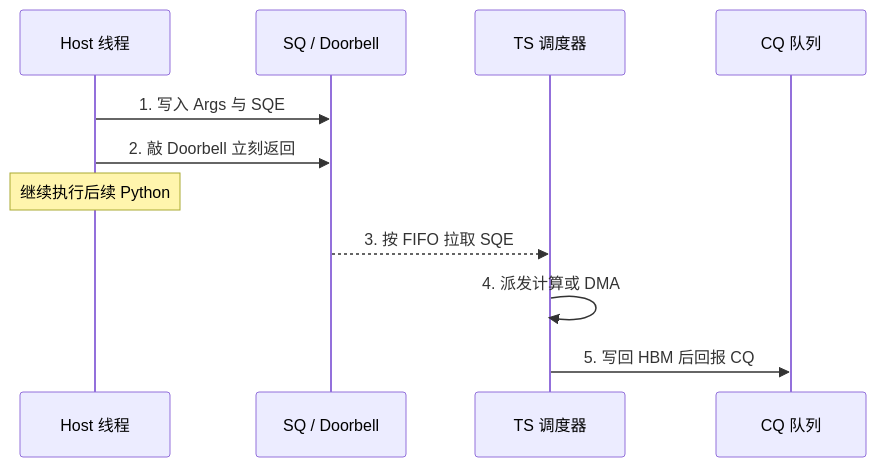
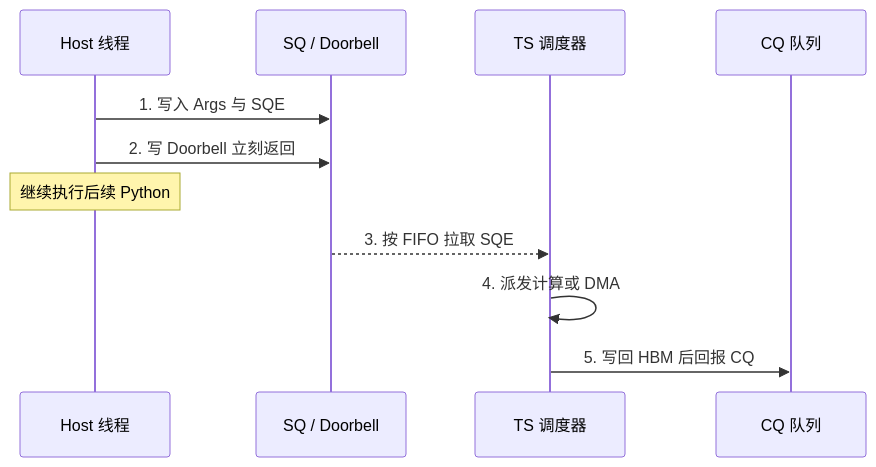
One commit to xingcanlee/infra-note changed the first of 3 diagrams in src/content/posts/execgraph/01-heterogeneous-streams-and-events/index.mdx. Above: the diagram before and after it, drawn with Mermaid. The commit also changed other lines of this file and 263 other files, not shown here.

First line of the commit message:
feat(deepseek,explainers): swap 07-mhc/08-engram order, add flat-table diagram, and upgrade InteractiveExplainer kit

````diff
--- a/src/content/posts/execgraph/01-heterogeneous-streams-and-events/index.mdx
+++ b/src/content/posts/execgraph/01-heterogeneous-streams-and-events/index.mdx
@@ -20,13 +20,13 @@
 ```mermaid caption="图 1：Host 异步写 SQE 与 Device 调度器解耦执行时序"
 sequenceDiagram
     participant H as Host 线程
     participant Q as SQ / Doorbell
     participant D as TS 调度器
     participant CQ as CQ 队列
     H->>Q: 1. 写入 Args 与 SQE
-    H->>Q: 2. 敲 Doorbell 立刻返回
+    H->>Q: 2. 写 Doorbell 立刻返回
     Note over H: 继续执行后续 Python
     Q-->>D: 3. 按 FIFO 拉取 SQE
     D->>D: 4. 派发计算或 DMA
     D->>CQ: 5. 写回 HBM 后回报 CQ
 ```
````
